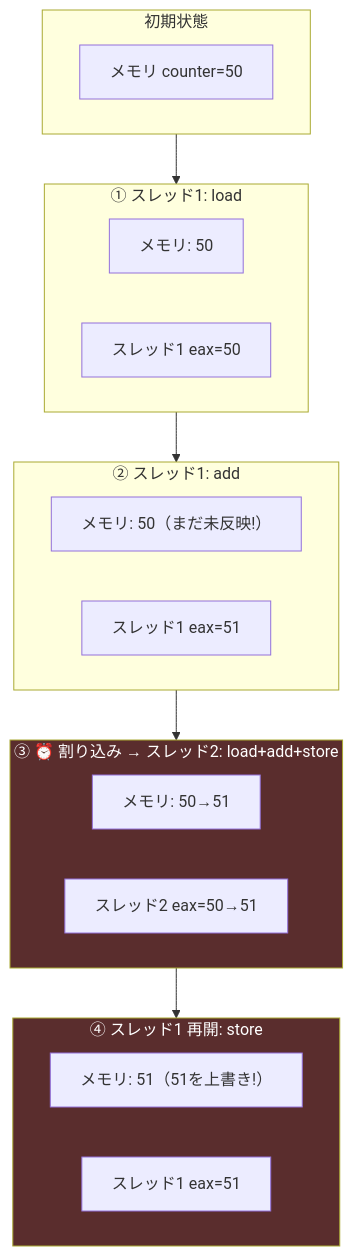
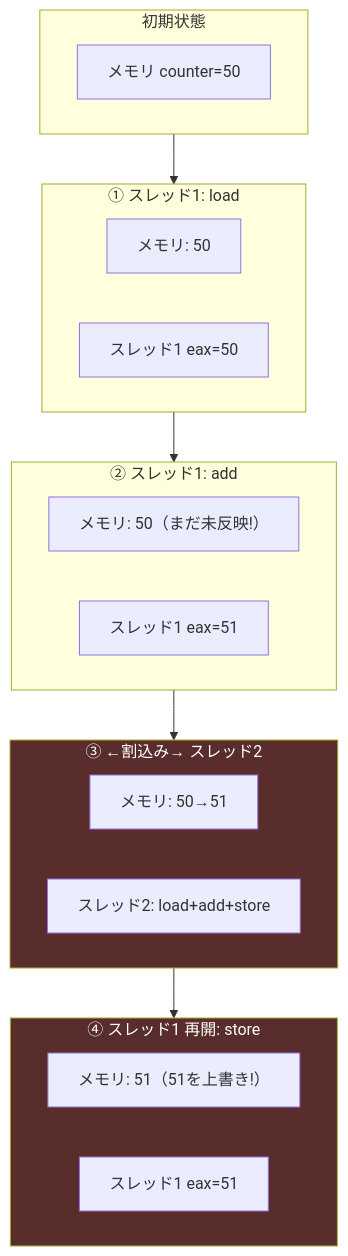
One commit to tonton-k37/study-notes changed the second of 2 diagrams in three-easy-pieces-note/26.md. Above: the diagram before and after it, drawn with Mermaid. The commit also changed other lines of this file and 33 other files, not shown here.

````diff
--- a/three-easy-pieces-note/26.md
+++ b/three-easy-pieces-note/26.md
@@ -122,26 +124,26 @@
 ```mermaid
 graph TD
     subgraph T0["初期状態"]
         M0["メモリ counter=50"]
     end
     subgraph T1["① スレッド1: load"]
         M1["メモリ: 50"]
         R1["スレッド1 eax=50"]
     end
     subgraph T2["② スレッド1: add"]
         M2["メモリ: 50（まだ未反映!）"]
         R2["スレッド1 eax=51"]
     end
-    subgraph T3["③ ⏰ 割り込み → スレッド2: load+add+store"]
+    subgraph T3["③ ←割込み→ スレッド2"]
         M3["メモリ: 50→51"]
-        R3["スレッド2 eax=50→51"]
+        R3["スレッド2: load+add+store"]
     end
     subgraph T4["④ スレッド1 再開: store"]
         M4["メモリ: 51（51を上書き!）"]
         R4["スレッド1 eax=51"]
     end
 
     T0 --> T1 --> T2 --> T3 --> T4
     style T3 fill:#5a2d2d,color:#fff
     style T4 fill:#5a2d2d,color:#fff
 ```
````
